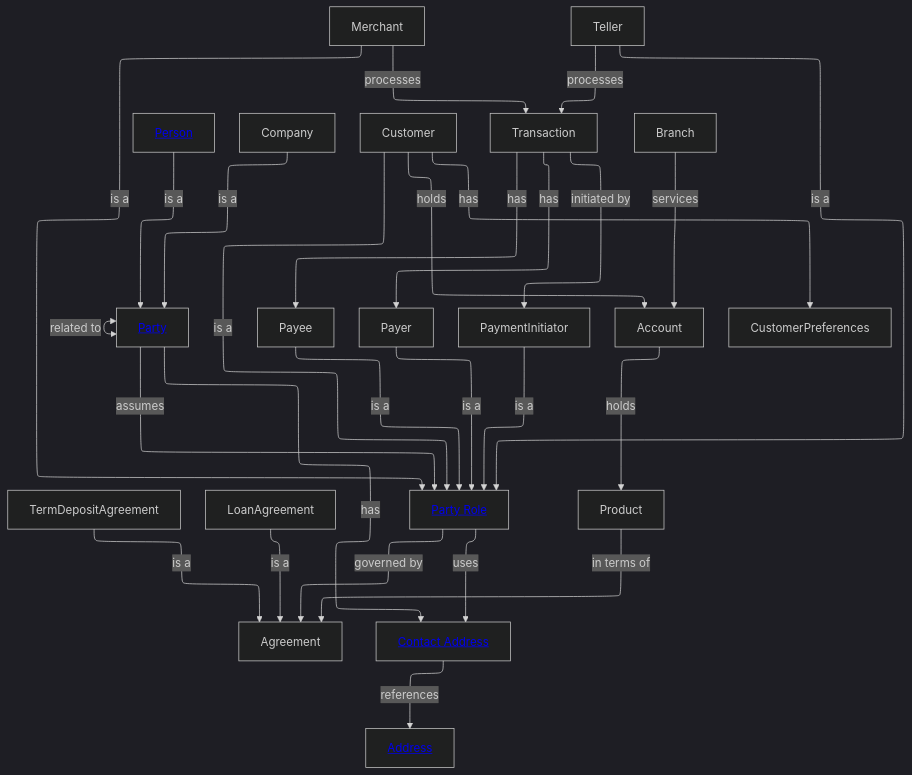
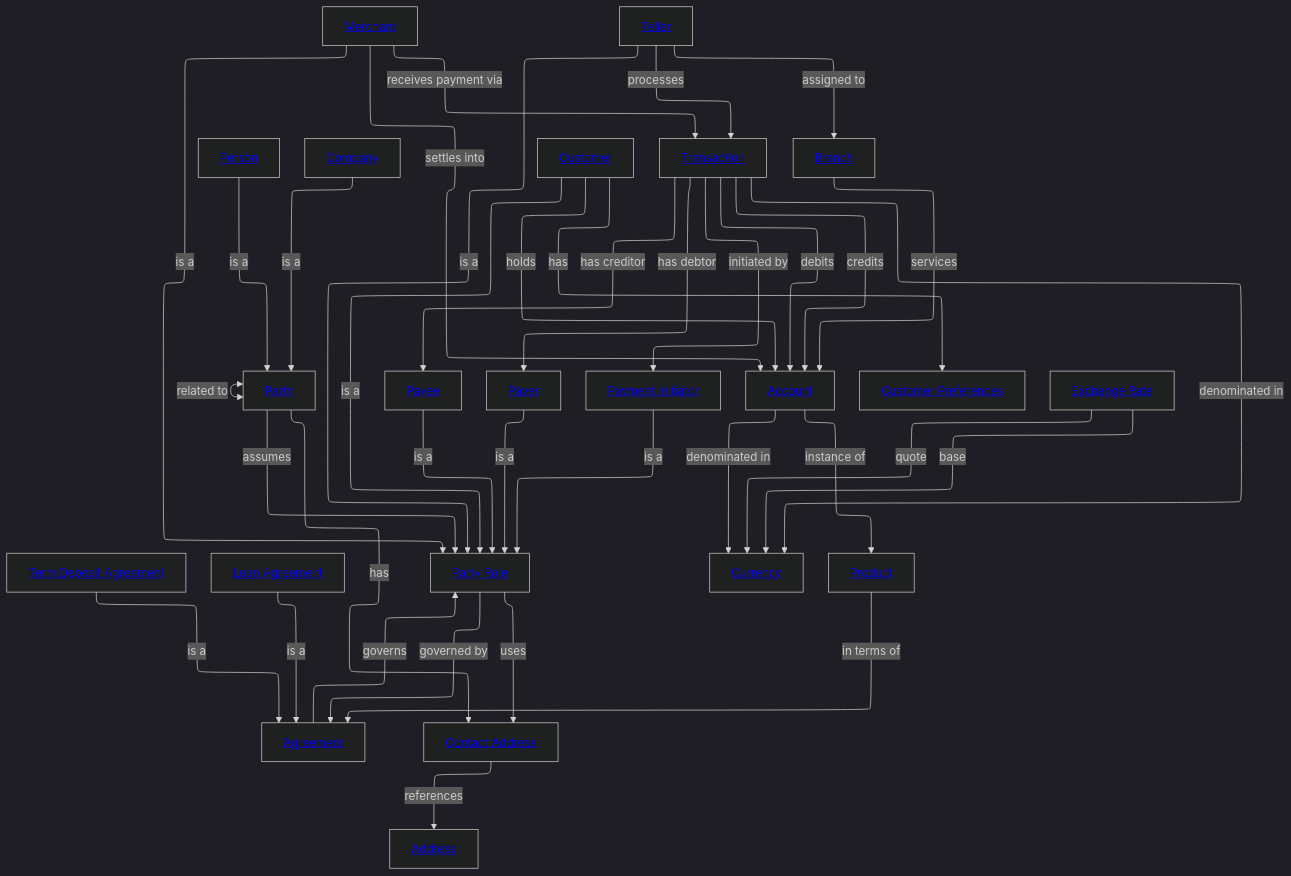
Before and after one commit to Semprini/md-ddl: the diagram in examples/Financial Crime/domain.md, drawn with Mermaid. The commit also changed other lines of this file and 2 other files, not shown here.

Commit message:
Enhance Financial Crime domain models with detailed transaction relationships and party role attributes for improved regulatory compliance

````diff
--- a/examples/Financial Crime/domain.md
+++ b/examples/Financial Crime/domain.md
@@ -43,50 +43,80 @@
 ```mermaid
 ---
 config:
   layout: elk
   elk:
     mergeEdges: false
     nodePlacementStrategy: LINEAR_SEGMENTS
   look: classic
   theme: dark
 ---
 graph TD
 
   Person --> |is a|Party
   Company --> |is a|Party
   TermDepositAgreement --> |is a|Agreement
   LoanAgreement --> |is a|Agreement
 
   Party <--> |related to|Party
   Party --> |assumes|PartyRole
 
   Customer --> |is a|PartyRole
   Merchant --> |is a|PartyRole
   Payee --> |is a|PartyRole
   Payer --> |is a|PartyRole
   Teller --> |is a|PartyRole
   PaymentInitiator --> |is a|PartyRole
 
   Party --> |has|ContactAddress
-  PartyRole -->|uses|ContactAddress
+  PartyRole --> |uses|ContactAddress
   Customer --> |holds|Account
   Customer --> |has|CustomerPreferences
   PartyRole --> |governed by|Agreement
-  Transaction --> |has|Payer
-  Transaction --> |has|Payee
+  
+  Transaction --> |has debtor|Payer
+  Transaction --> |has creditor|Payee
   Transaction --> |initiated by|PaymentInitiator
+  Transaction --> |denominated in|Currency
+  Transaction --> |debits|Account
+  Transaction --> |credits|Account
+  
   Teller --> |processes|Transaction
-  Merchant --> |processes|Transaction
+  Teller --> |assigned to|Branch
+  Merchant --> |receives payment via|Transaction
+  Merchant --> |settles into|Account
 
-  Account --> |holds|Product
+  Account --> |instance of|Product
+  Account --> |denominated in|Currency
   Branch --> |services|Account
 
   Product --> |in terms of|Agreement
+  Agreement --> |governs|PartyRole
+  
   ContactAddress --> |references|Address
 
+  ExchangeRate --> |base|Currency
+  ExchangeRate --> |quote|Currency
+  
   Party["<a href='entities/party.md'>Party</a>"]
   Person["<a href='entities/person.md'>Person</a>"]
+  Company["<a href='entities/company.md'>Company</a>"]
   PartyRole["<a href='entities/party_role.md'>Party Role</a>"]
+  Customer["<a href='entities/customer.md'>Customer</a>"]
+  Merchant["<a href='entities/merchant.md'>Merchant</a>"]
+  Payer["<a href='entities/payer.md'>Payer</a>"]
+  Payee["<a href='entities/payee.md'>Payee</a>"]
+  Teller["<a href='entities/teller.md'>Teller</a>"]
+  PaymentInitiator["<a href='entities/payment_initiator.md'>Payment Initiator</a>"]  
   Address["<a href='entities/address.md'>Address</a>"]
   ContactAddress["<a href='entities/contact_address.md'>Contact Address</a>"]
+  CustomerPreferences["<a href='entities/customer-preferences.md'>Customer Preferences</a>"]
+  Account["<a href='entities/account.md'>Account</a>"]
+  Product["<a href='entities/product.md'>Product</a>"]
+  Agreement["<a href='entities/agreement.md'>Agreement</a>"]
+  LoanAgreement["<a href='entities/loan-agreement.md'>Loan Agreement</a>"]
+  TermDepositAgreement["<a href='entities/term-deposit-agreement.md'>Term Deposit Agreement</a>"]
+  Transaction["<a href='entities/transaction.md'>Transaction</a>"]
+  Branch["<a href='entities/branch.md'>Branch</a>"]
+  Currency["<a href='entities/currency.md'>Currency</a>"]
+  ExchangeRate["<a href='entities/exchange-rate.md'>Exchange Rate</a>"]
 ```
````
